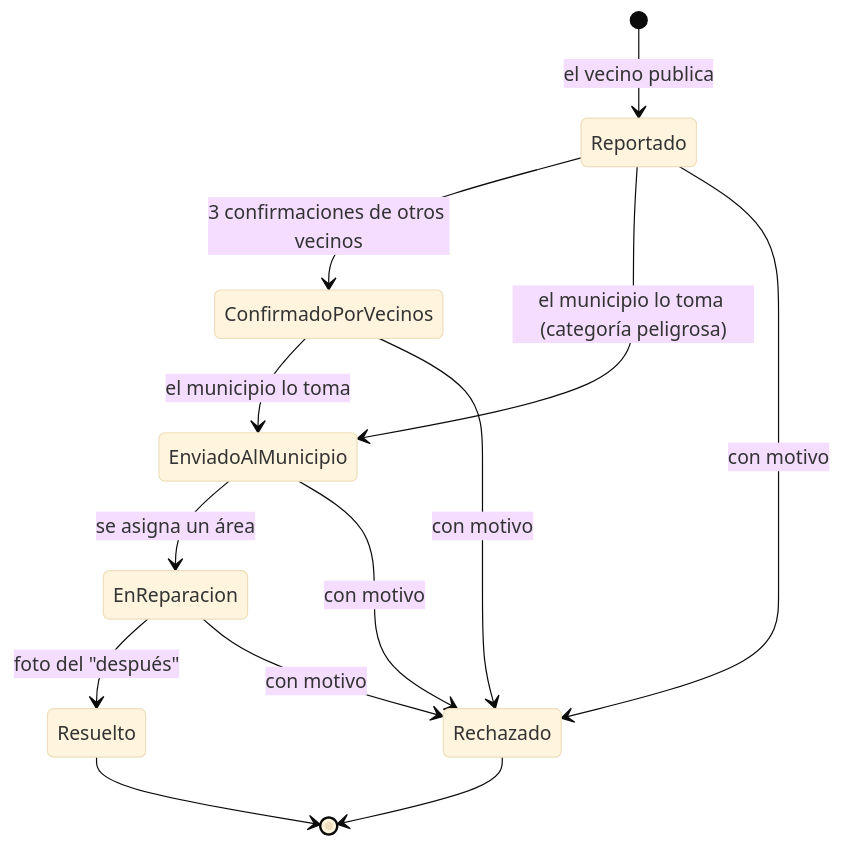
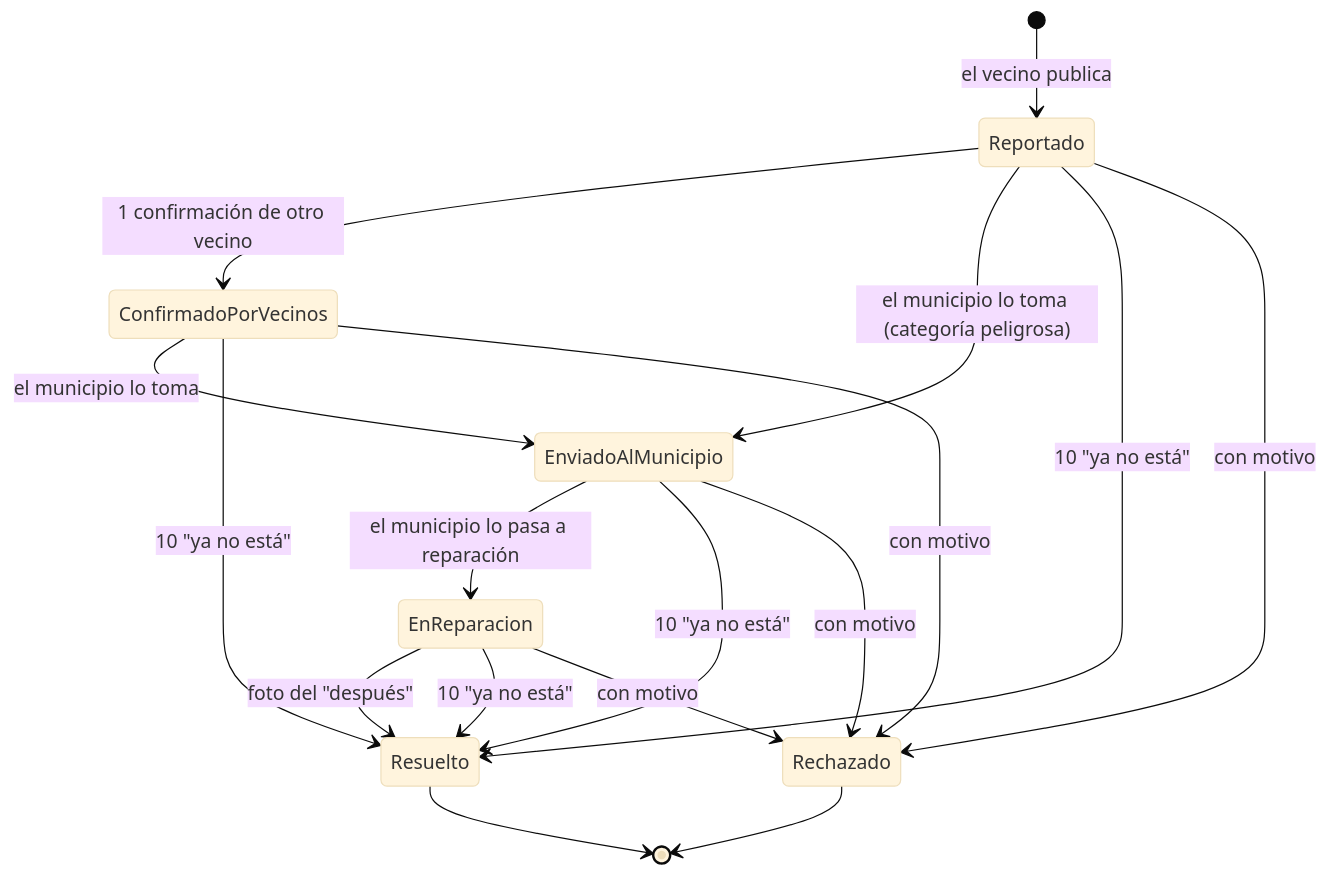
The diagram in README.md (nicocoloritto/pozo), drawn with Mermaid (base theme) before and after one commit. The commit also changed other lines of this file and 16 other files, not shown here.

````diff
--- a/README.md
+++ b/README.md
@@ -82,15 +85,19 @@
 ```mermaid
 stateDiagram-v2
     [*] --> Reportado: el vecino publica
-    Reportado --> ConfirmadoPorVecinos: 3 confirmaciones de otros vecinos
+    Reportado --> ConfirmadoPorVecinos: 1 confirmación de otro vecino
     Reportado --> EnviadoAlMunicipio: el municipio lo toma (categoría peligrosa)
     ConfirmadoPorVecinos --> EnviadoAlMunicipio: el municipio lo toma
-    EnviadoAlMunicipio --> EnReparacion: se asigna un área
+    EnviadoAlMunicipio --> EnReparacion: el municipio lo pasa a reparación
     EnReparacion --> Resuelto: foto del "después"
+    Reportado --> Resuelto: 10 "ya no está"
+    ConfirmadoPorVecinos --> Resuelto: 10 "ya no está"
+    EnviadoAlMunicipio --> Resuelto: 10 "ya no está"
+    EnReparacion --> Resuelto: 10 "ya no está"
     Reportado --> Rechazado: con motivo
     ConfirmadoPorVecinos --> Rechazado: con motivo
     EnviadoAlMunicipio --> Rechazado: con motivo
     EnReparacion --> Rechazado: con motivo
     Resuelto --> [*]
     Rechazado --> [*]
 ```
````
